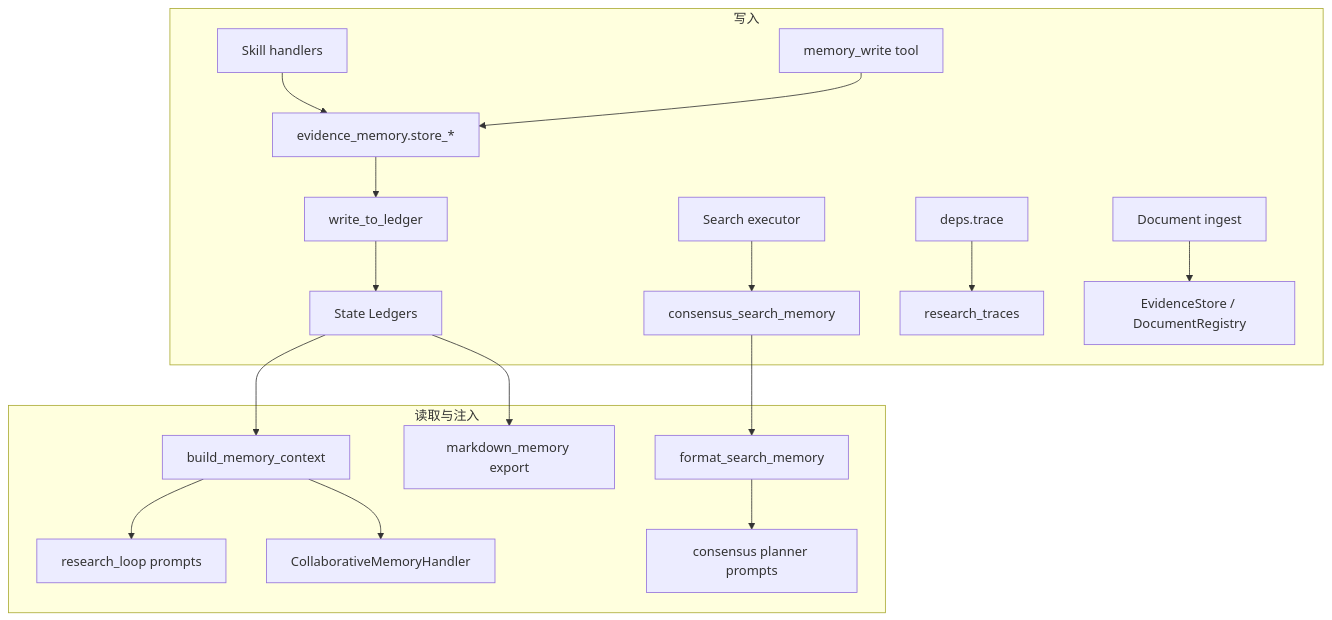
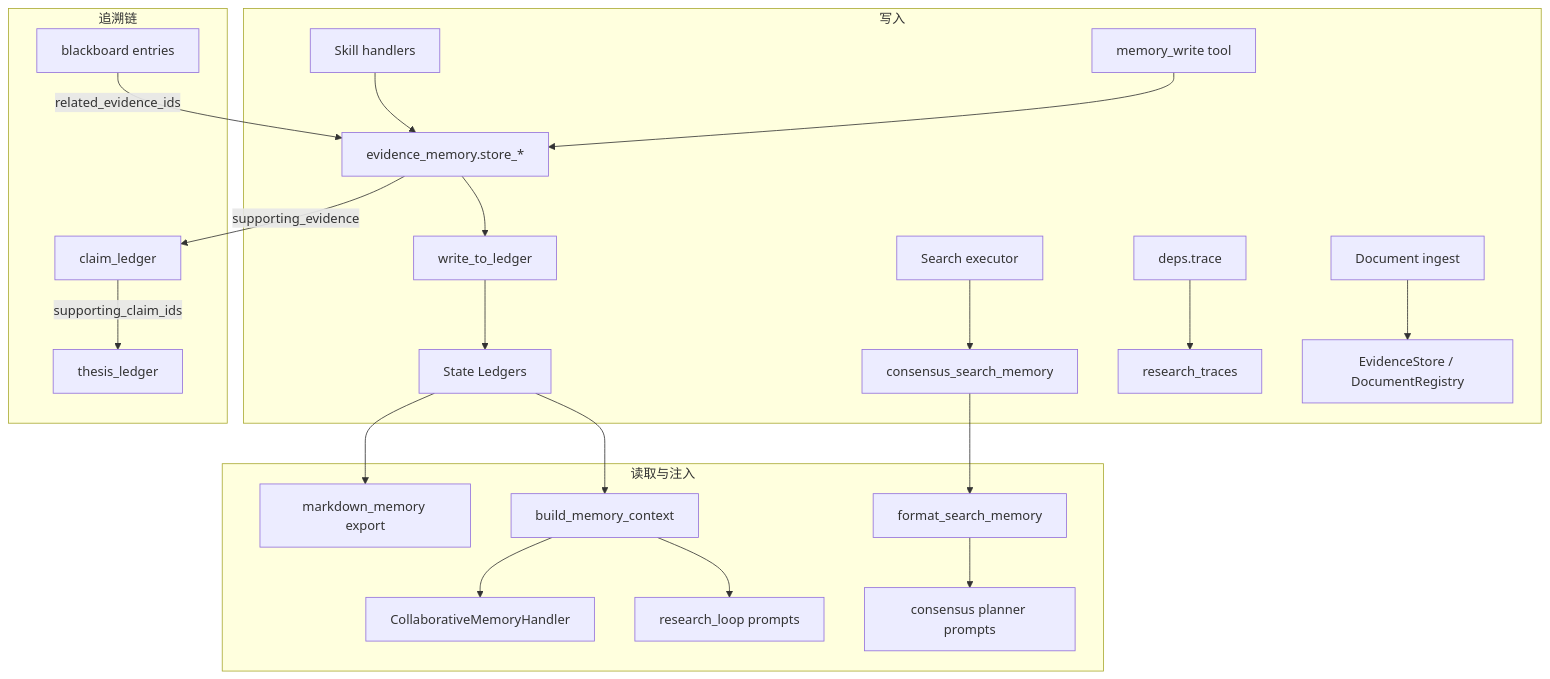
The diagram in docs/equity_research/memory.md (libazhahei/EquityAgents), drawn with Mermaid before and after one commit. The commit also changed other lines of this file and 27 other files, not shown here.

````diff
--- a/docs/equity_research/memory.md
+++ b/docs/equity_research/memory.md
@@ -213,21 +232,27 @@
 ```mermaid
 flowchart TD
     subgraph writes [写入]
         Skills[Skill handlers] --> EvidenceMem[evidence_memory.store_*]
         Tools[memory_write tool] --> EvidenceMem
         EvidenceMem --> WriteLedger[write_to_ledger]
         WriteLedger --> StateLedgers[State Ledgers]
         SearchExec[Search executor] --> SearchMem[consensus_search_memory]
         DepsTrace[deps.trace] --> Traces[research_traces]
         Ingest[Document ingest] --> PGStore[EvidenceStore / DocumentRegistry]
     end
 
     subgraph reads [读取与注入]
         StateLedgers --> BuildCtx[build_memory_context]
         BuildCtx --> ResearchLoop[research_loop prompts]
         BuildCtx --> CollabSkill[CollaborativeMemoryHandler]
         SearchMem --> FormatMem[format_search_memory]
         FormatMem --> ConsensusNodes[consensus planner prompts]
         StateLedgers --> Export[markdown_memory export]
     end
+
+    subgraph traces [追溯链]
+        EvidenceMem -->|"supporting_evidence"| Claims[claim_ledger]
+        Claims -->|"supporting_claim_ids"| Theses[thesis_ledger]
+        Blackboard[blackboard entries] -->|"related_evidence_ids"| EvidenceMem
+    end
 ```
````
